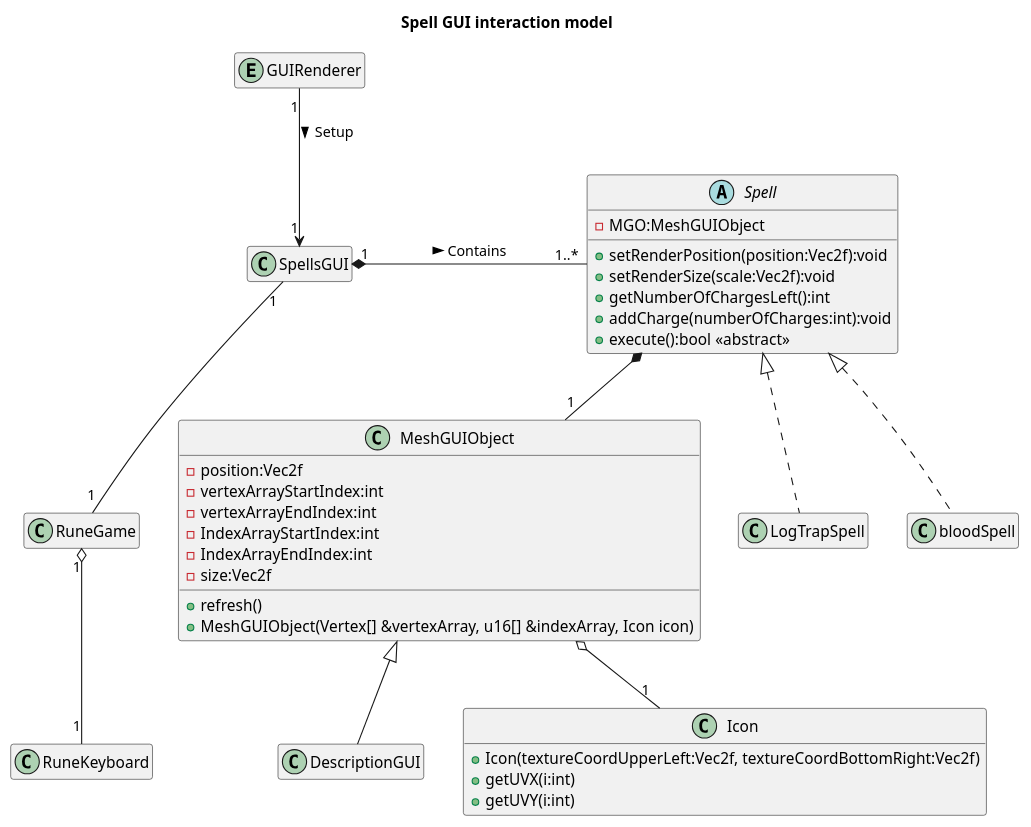
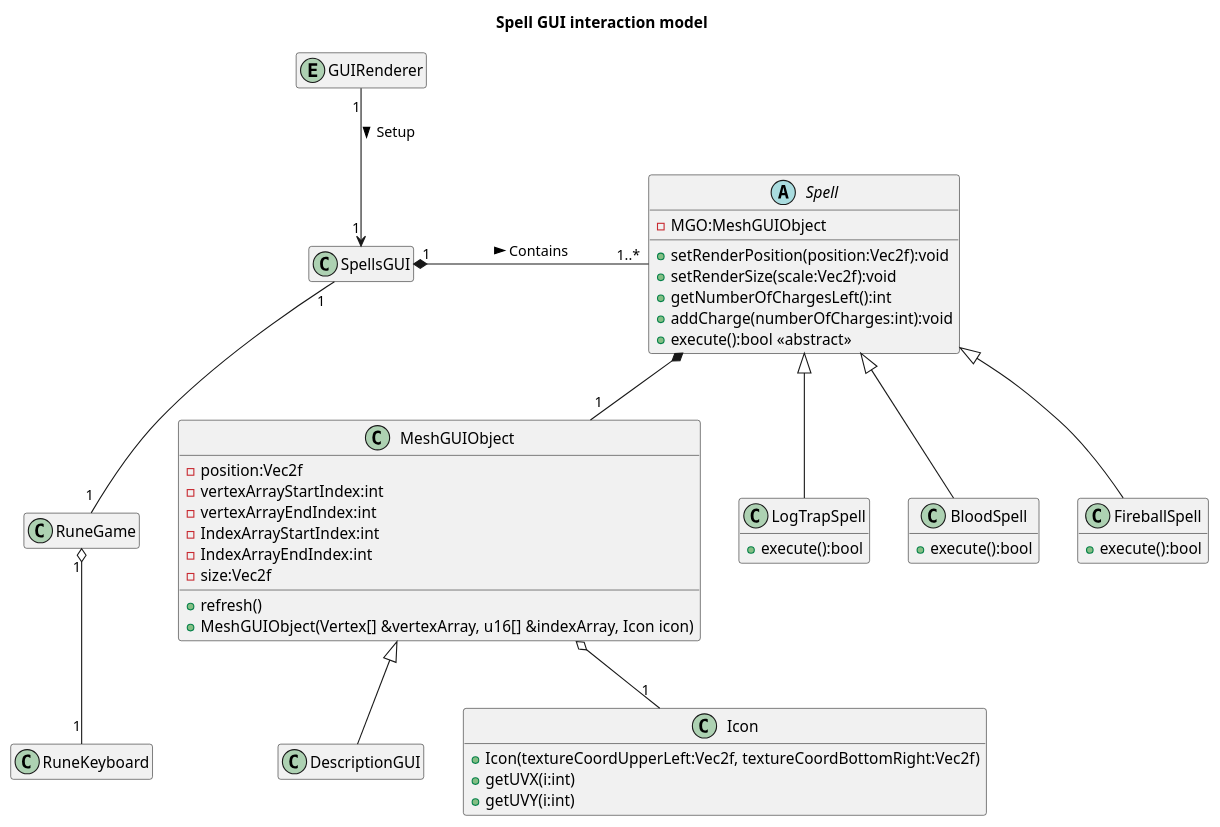
One commit to Kuift/The_Guiftmo_Project changed the diagram in docs/conception.puml. Above: the diagram before and after it, drawn with PlantUML. The commit also changed 1 other file, not shown here.

```diff
--- a/docs/conception.puml
+++ b/docs/conception.puml
@@ -1,52 +1,59 @@
 @startuml Conception
 
 skinparam defaultfontname Verdana
 title Spell GUI interaction model
 
 hide empty members
 abstract Spell
 {
     - MGO:MeshGUIObject
     + setRenderPosition(position:Vec2f):void
     + setRenderSize(scale:Vec2f):void
     + getNumberOfChargesLeft():int
     + addCharge(numberOfCharges:int):void
     + execute():bool <<abstract>>
 }
 class MeshGUIObject
 {
   - position:Vec2f
   - vertexArrayStartIndex:int
   - vertexArrayEndIndex:int
   - IndexArrayStartIndex:int
   - IndexArrayEndIndex:int
   - size:Vec2f
   + refresh()
   + MeshGUIObject(Vertex[] &vertexArray, u16[] &indexArray, Icon icon)
 }
 class DescriptionGUI extends MeshGUIObject
 {
 
 }
-class LogTrapSpell implements Spell
+class LogTrapSpell extends Spell
 {
-
+  + execute():bool
 }
 class Icon
 {
   + Icon(textureCoordUpperLeft:Vec2f, textureCoordBottomRight:Vec2f)
   + getUVX(i:int)
   + getUVY(i:int)
 }
-class bloodSpell implements Spell
+class BloodSpell extends Spell
+{
+  + execute():bool
+}
+class FireballSpell extends Spell
+{
+  + execute():bool
+}
 class SpellsGUI
 Entity GUIRenderer
 class RuneGame
 class RuneKeyboard
 GUIRenderer "1"--> "1" SpellsGUI : Setup >
 SpellsGUI "1" *- "1..*" Spell : Contains >
 SpellsGUI "1" -- "1"  RuneGame
 RuneGame "1" o-- "1" RuneKeyboard
 Spell *-- "1" MeshGUIObject
 MeshGUIObject o-- "1" Icon
 @enduml
```
